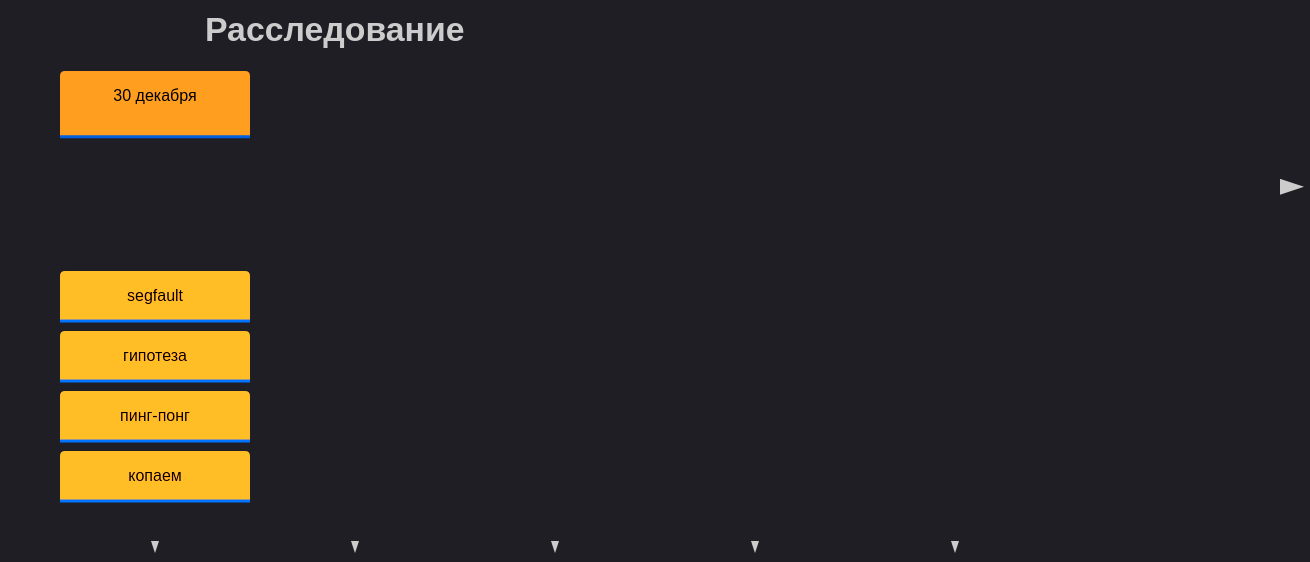
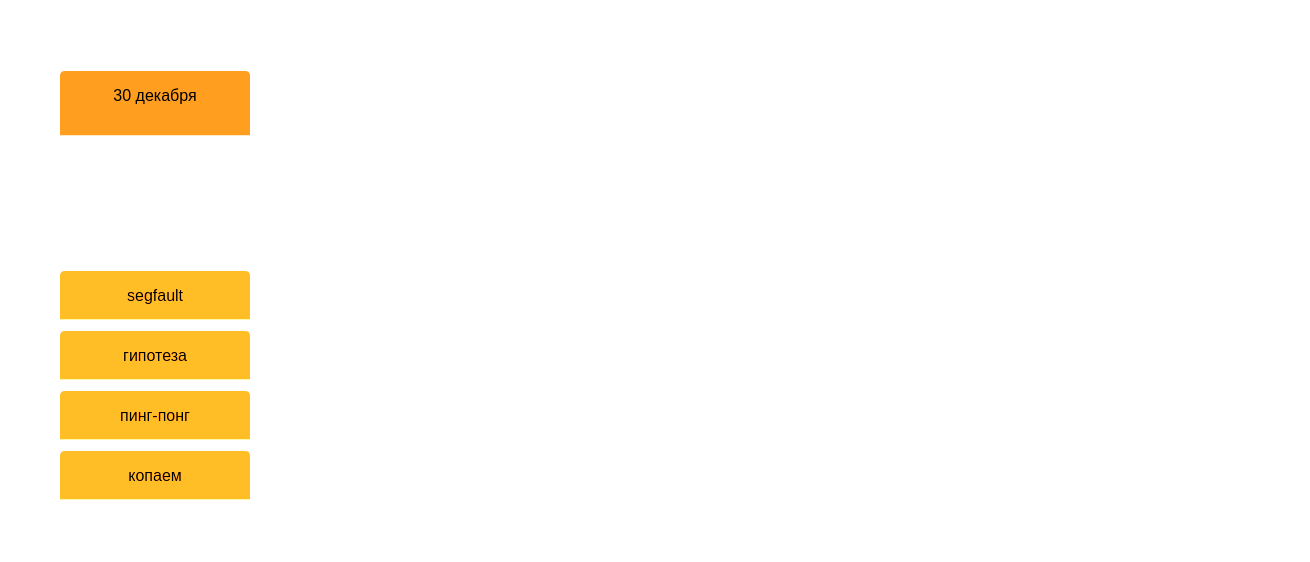
The diagram in docs/diagrams/timeline-1.mmd (polarnik/postgresql-system-issue-story), drawn with Mermaid before and after one commit. The commit also changed 32 other files, not shown here.

Commit message:
initial state of diagrams

```diff
--- a/docs/diagrams/timeline-1.mmd
+++ b/docs/diagrams/timeline-1.mmd
@@ -1,68 +1,85 @@
-%%{init: { 'theme': 'dark', 'themeVariables': {
+%%{init: { 'theme': 'base', 'themeVariables': {
+    'darkMode': true,
+    'background': '#000000',
     'fontFamily': 'Roboto, sans-serif',
-    'lineColor': '#333',
+    'fontSize': '16px',
+    'primaryColor': '#ff9e1f',
+    'primaryTextColor': '#000',
+    'primaryBorderColor': '#cc7e19',
+    'secondaryColor': '#111111',
+    'secondaryTextColor': '#fff',
+    'secondaryBorderColor': '#333',
+    'tertiaryColor': '#111111',
+    'tertiaryTextColor': '#fff',
+    'tertiaryBorderColor': '#333',
+    'lineColor': '#ff9e1f',
+    'textColor': '#fff',
+    'mainBkg': '#111111',
+    'nodeBorder': '#ff9e1f',
+    'nodeTextColor': '#fff',
+    'titleColor': '#ff9e1f',
     'cScale0': '#ff9e1f',
     'cScale1': 'transparent',
     'cScale2': 'transparent',
     'cScale3': 'transparent',
     'cScale4': 'transparent',
     'cScale5': 'transparent',
     'cScale6': 'transparent',
     'cScale7': 'transparent',
     'cScale8': 'transparent',
     'cScale9': 'transparent',
     'cScale10': 'transparent',
     'cScale11': 'transparent',
     'cScaleLabel0': '#000',
     'cScaleLabel1': 'transparent',
     'cScaleLabel2': 'transparent',
     'cScaleLabel3': 'transparent',
     'cScaleLabel4': 'transparent',
     'cScaleLabel5': 'transparent',
     'cScaleLabel6': 'transparent',
     'cScaleLabel7': 'transparent',
     'cScaleLabel8': 'transparent',
     'cScaleLabel9': 'transparent',
     'cScaleLabel10': 'transparent',
     'cScaleLabel11': 'transparent',
     'cScalePeer1': '#cc7e19',
     'cScalePeer2': 'transparent',
     'cScalePeer3': 'transparent',
     'cScalePeer4': 'transparent',
     'cScalePeer5': 'transparent',
     'cScalePeer6': 'transparent',
     'cScalePeer7': 'transparent',
     'cScalePeer8': 'transparent',
     'cScalePeer9': 'transparent',
     'cScalePeer10': 'transparent',
     'cScalePeer11': 'transparent',
     'cScalePeer12': 'transparent'
 }}}%%
 
 timeline
     title Расследование
     30 декабря
         : segfault
         : гипотеза
         : пинг-понг
         : копаем
     Зацепки
         : нули в dmesg
         : не Postgres
         : нагрузка
         : воскрешение
     Три условия
         : XFS
         : init_on_free
         : pressure
         : лечилка
     Доказательство
         : 30 секунд
         : два теста
         : git bisect
         : коммит
     Root cause
         : race condition
         : фикс 6.9
         : XZ Utils
         : бэкпорта нет
```
